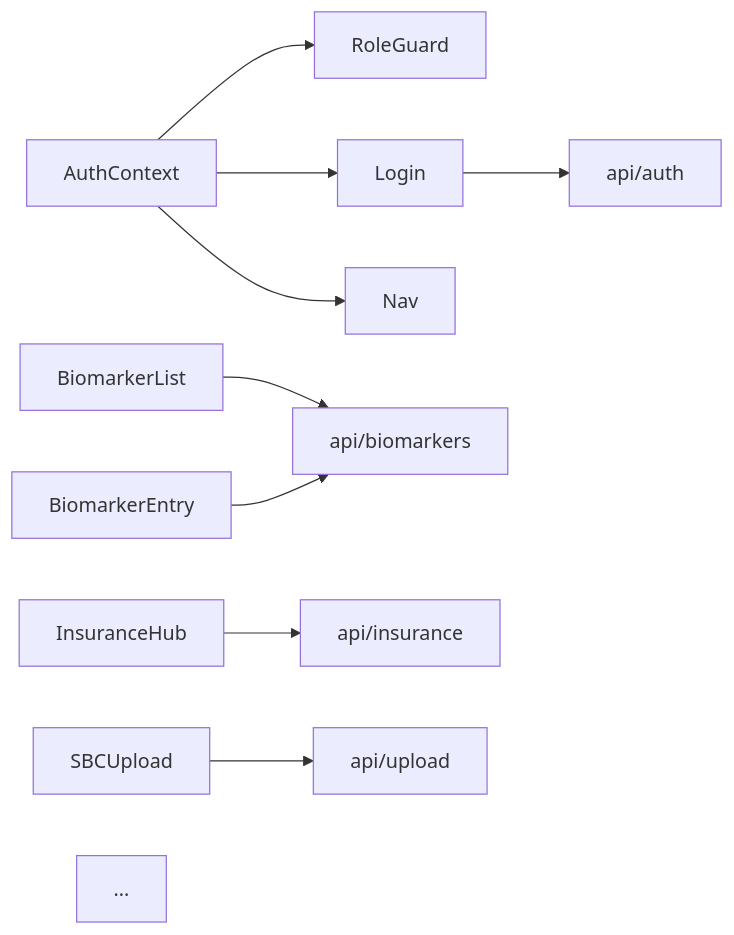
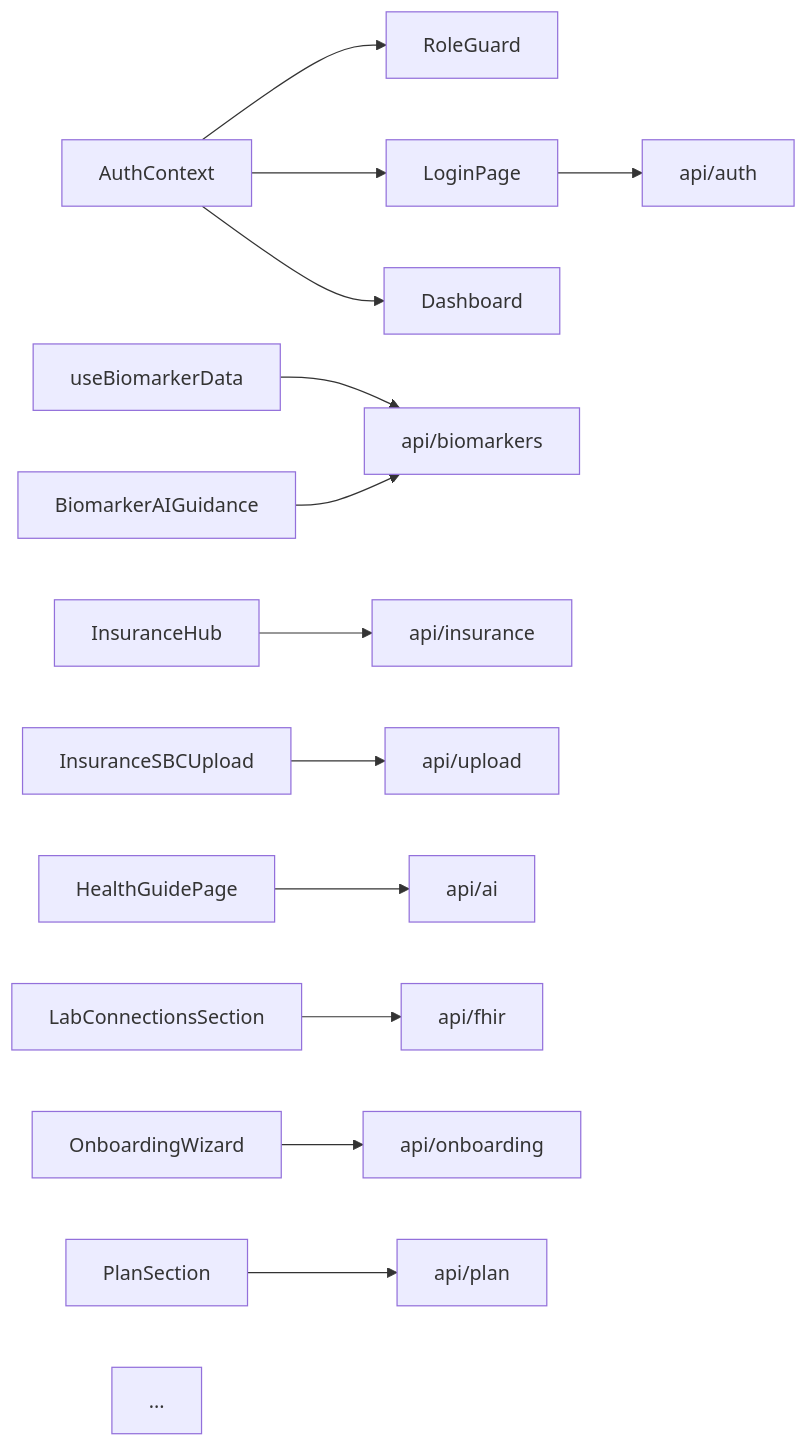
The diagram in prompts/39-frontend-component-map-doc.md (breilly1296/OwnMyHealth-Claude), drawn with Mermaid before and after one commit. The commit also changed other lines of this file and 48 other files, not shown here.

````diff
--- a/prompts/39-frontend-component-map-doc.md
+++ b/prompts/39-frontend-component-map-doc.md
@@ -66,12 +68,16 @@
 ```mermaid
 graph LR
   AuthContext --> RoleGuard
-  AuthContext --> Login
-  AuthContext --> Nav
-  Login --> auth.ts[api/auth]
-  BiomarkerList --> biomarkers.ts[api/biomarkers]
-  BiomarkerEntry --> biomarkers.ts
+  AuthContext --> LoginPage
+  AuthContext --> Dashboard
+  LoginPage --> auth.ts[api/auth]
+  useBiomarkerData --> biomarkers.ts[api/biomarkers]
+  BiomarkerAIGuidance --> biomarkers.ts
   InsuranceHub --> insurance.ts[api/insurance]
-  SBCUpload --> upload.ts[api/upload]
+  InsuranceSBCUpload --> upload.ts[api/upload]
+  HealthGuidePage --> ai.ts[api/ai]
+  LabConnectionsSection --> fhir.ts[api/fhir]
+  OnboardingWizard --> onboarding.ts[api/onboarding]
+  PlanSection --> plan.ts[api/plan]
   ...
 ```
````
